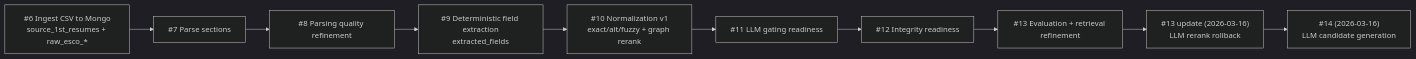
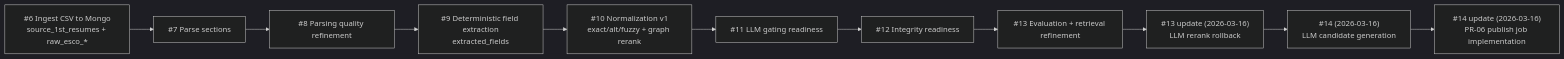
One commit to healthycarrot/prodapt-capstone changed the first of 2 diagrams in docs/design/Pipeline.md. Above: the diagram before and after it, drawn with Mermaid (dark theme). The commit also changed other lines of this file and 1 other file, not shown here.

Commit message:
feat: implement candidate serving index publish script for normalized candidates

````diff
--- a/docs/design/Pipeline.md
+++ b/docs/design/Pipeline.md
@@ -291,15 +311,16 @@
 ```mermaid
 flowchart LR
     I6["#6 Ingest CSV to Mongo<br/>source_1st_resumes + raw_esco_*"]
     I7["#7 Parse sections"]
     I8["#8 Parsing quality refinement"]
     I9["#9 Deterministic field extraction<br/>extracted_fields"]
     I10["#10 Normalization v1<br/>exact/alt/fuzzy + graph rerank"]
     I11["#11 LLM gating readiness"]
     I12["#12 Integrity readiness"]
     I13["#13 Evaluation + retrieval refinement"]
     I13U["#13 update (2026-03-16)<br/>LLM rerank rollback"]
     I14["#14 (2026-03-16)<br/>LLM candidate generation"]
+    I14P["#14 update (2026-03-16)<br/>PR-06 publish job implementation"]
 
-    I6 --> I7 --> I8 --> I9 --> I10 --> I11 --> I12 --> I13 --> I13U --> I14
+    I6 --> I7 --> I8 --> I9 --> I10 --> I11 --> I12 --> I13 --> I13U --> I14 --> I14P
 ```
````
